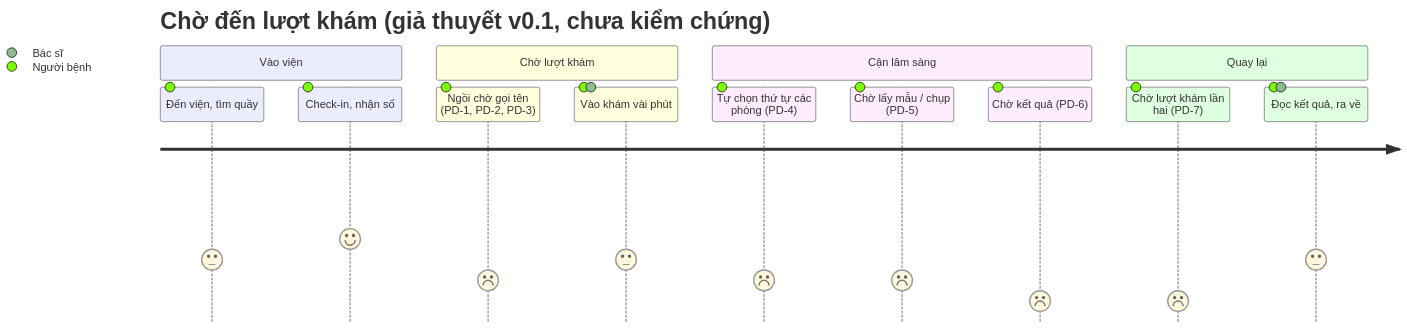
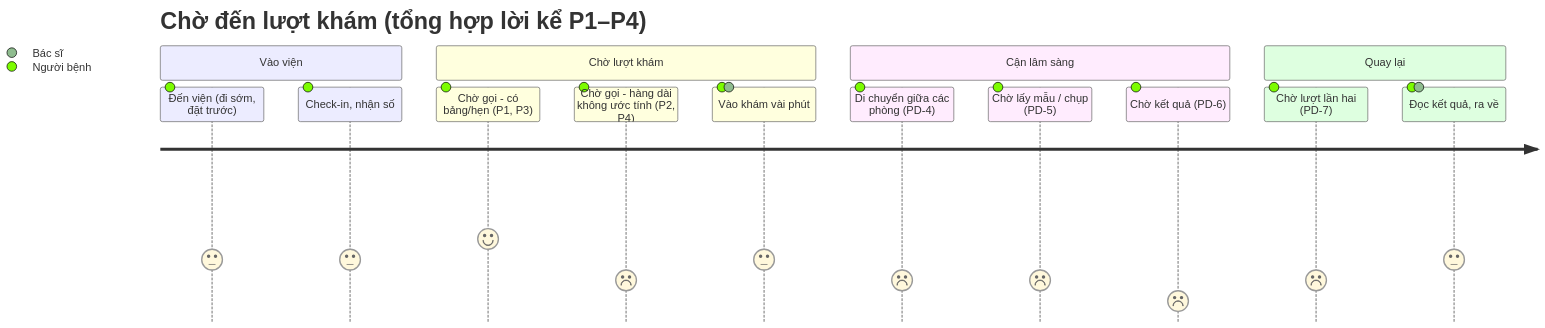
One commit to khanhmay004/vinmec-exploration-sprint changed the first of 2 diagrams in 02-journey-map/journey-map.md. Above: the diagram before and after it, drawn with Mermaid. The commit also changed other lines of this file and 16 other files, not shown here.

Commit message:
Chốt bản cuối toàn repo: ghi log P4, tổng hợp insight 4 cuộc; cập nhật journey map, need statement, bằng chứng và gate theo dữ liệu phỏng vấn; bỏ chú thích soạn thảo

````diff
--- a/02-journey-map/journey-map.md
+++ b/02-journey-map/journey-map.md
@@ -47,17 +44,18 @@
 ```mermaid
 journey
-    title Chờ đến lượt khám (giả thuyết v0.1, chưa kiểm chứng)
+    title Chờ đến lượt khám (tổng hợp lời kể P1–P4)
     section Vào viện
-      Đến viện, tìm quầy: 3: Người bệnh
-      Check-in, nhận số: 4: Người bệnh
+      Đến viện (đi sớm, đặt trước): 3: Người bệnh
+      Check-in, nhận số: 3: Người bệnh
     section Chờ lượt khám
-      Ngồi chờ gọi tên (PD-1, PD-2, PD-3): 2: Người bệnh
+      Chờ gọi - có bảng/hẹn (P1, P3): 4: Người bệnh
+      Chờ gọi - hàng dài không ước tính (P2, P4): 2: Người bệnh
       Vào khám vài phút: 3: Người bệnh, Bác sĩ
     section Cận lâm sàng
-      Tự chọn thứ tự các phòng (PD-4): 2: Người bệnh
+      Di chuyển giữa các phòng (PD-4): 2: Người bệnh
       Chờ lấy mẫu / chụp (PD-5): 2: Người bệnh
       Chờ kết quả (PD-6): 1: Người bệnh
     section Quay lại
-      Chờ lượt khám lần hai (PD-7): 1: Người bệnh
+      Chờ lượt lần hai (PD-7): 2: Người bệnh
       Đọc kết quả, ra về: 3: Người bệnh, Bác sĩ
 ```
````
